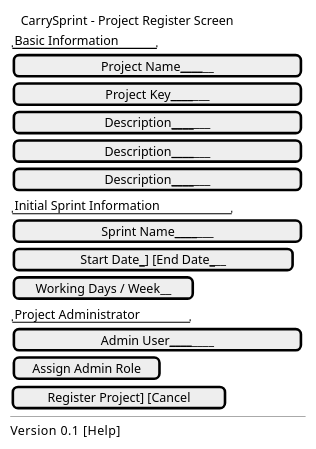
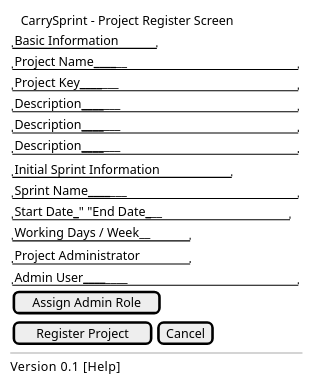
One commit to fangface-hub/carry_sprint_docs changed the diagram in docs/ui/screen_project_register.puml. Above: the diagram before and after it, drawn with PlantUML. The commit also changed 11 other files, not shown here.

```diff
--- a/docs/ui/screen_project_register.puml
+++ b/docs/ui/screen_project_register.puml
@@ -1,30 +1,32 @@
 @startuml CarrySprintProjectRegisterScreen
 salt
 {
 {T
 + CarrySprint - Project Register Screen
 }
 {
 "Basic Information"
-[Project Name______________________]
-[Project Key_______________________]
-[Description_______________________]
-[Description_______________________]
-[Description_______________________]
+"Project Name______________________"
+"Project Key_______________________"
+"Description_______________________"
+"Description_______________________"
+"Description_______________________"
 }
 {
 "Initial Sprint Information"
-[Sprint Name_______________________]
-[Start Date_____] [End Date_______]
-[Working Days / Week__]
+"Sprint Name_______________________"
+"Start Date_____" "End Date_______"
+"Working Days / Week__"
 }
 {
 "Project Administrator"
-[Admin User________________________]
+"Admin User________________________"
 [Assign Admin Role]
 }
-[Register Project] [Cancel]
+{
+[Register Project] | [Cancel]
+}
 --
 Version 0.1   [Help]
 }
 @enduml
```
